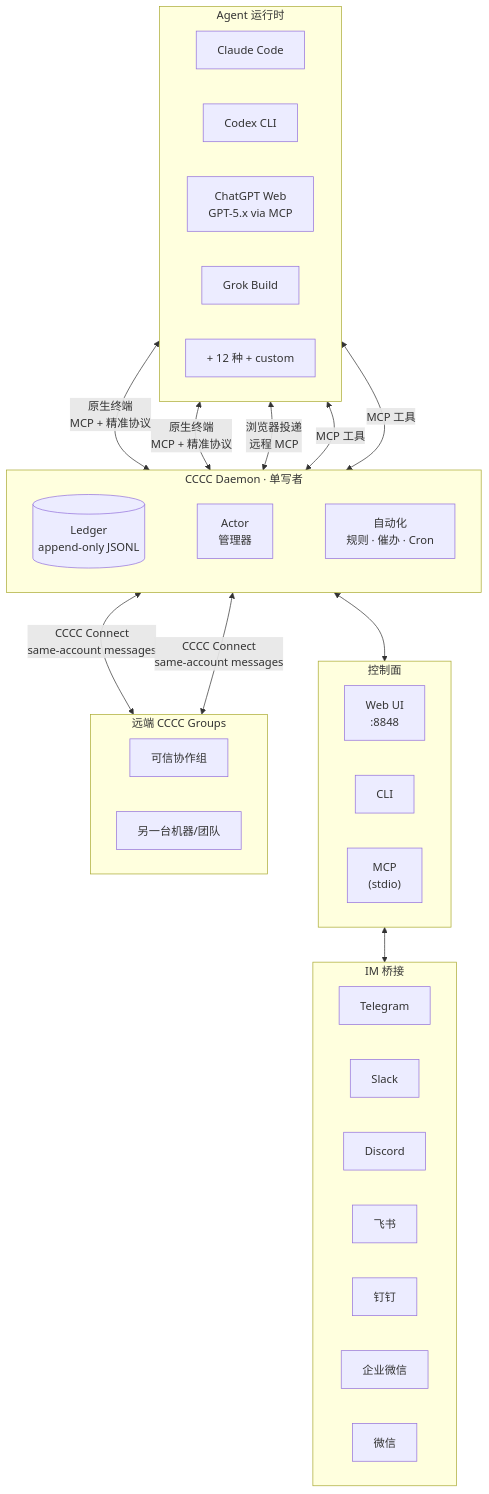
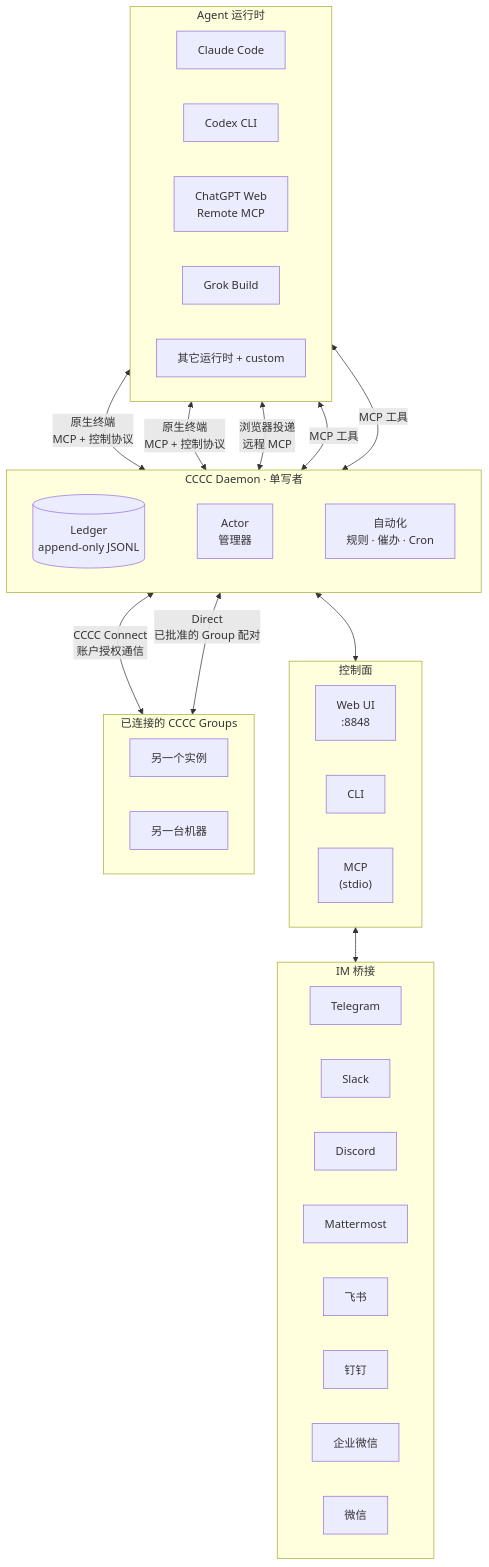
Before and after one commit to ChesterRa/cccc: the diagram in README.zh-CN.md, drawn with Mermaid. The commit also changed other lines of this file and 5 other files, not shown here.

````diff
--- a/README.zh-CN.md
+++ b/README.zh-CN.md
@@ -162,54 +177,55 @@
 ```mermaid
 graph TB
     subgraph Agents["Agent 运行时"]
         direction LR
         A1["Claude Code"]
         A2["Codex CLI"]
-        A3["ChatGPT Web<br/>GPT-5.x via MCP"]
+        A3["ChatGPT Web<br/>Remote MCP"]
         A4["Grok Build"]
-        A5["+ 12 种 + custom"]
+        A5["其它运行时 + custom"]
     end
 
     subgraph Daemon["CCCC Daemon · 单写者"]
         direction LR
         Ledger[("Ledger<br/>append-only JSONL")]
         ActorMgr["Actor<br/>管理器"]
         Auto["自动化<br/>规则 · 催办 · Cron"]
         Ledger ~~~ ActorMgr ~~~ Auto
     end
 
     subgraph Ports["控制面"]
         direction LR
         Web["Web UI<br/>:8848"]
         CLI["CLI"]
         MCP["MCP<br/>(stdio)"]
     end
 
     subgraph IM["IM 桥接"]
         direction LR
         TG["Telegram"]
         SL["Slack"]
         DC["Discord"]
+        MM["Mattermost"]
         FS["飞书"]
         DT["钉钉"]
         WC["企业微信"]
         WX["微信"]
     end
 
-    subgraph Remote["远端 CCCC Groups"]
+    subgraph Remote["已连接的 CCCC Groups"]
         direction LR
-        RG1["可信协作组"]
-        RG2["另一台机器/团队"]
+        RG1["另一个实例"]
+        RG2["另一台机器"]
     end
 
-    A1 <-->|原生终端<br/>MCP + 精准协议| Daemon
-    A2 <-->|原生终端<br/>MCP + 精准协议| Daemon
+    A1 <-->|原生终端<br/>MCP + 控制协议| Daemon
+    A2 <-->|原生终端<br/>MCP + 控制协议| Daemon
     A3 <-->|浏览器投递<br/>远程 MCP| Daemon
     A4 <-->|MCP 工具| Daemon
     A5 <-->|MCP 工具| Daemon
     Daemon <--> Ports
     Web <--> IM
-    Daemon <-->|CCCC Connect<br/>same-account messages| RG1
-    Daemon <-->|CCCC Connect<br/>same-account messages| RG2
+    Daemon <-->|CCCC Connect<br/>账户授权通信| RG1
+    Daemon <-->|Direct<br/>已批准的 Group 配对| RG2
 
 ```
````
